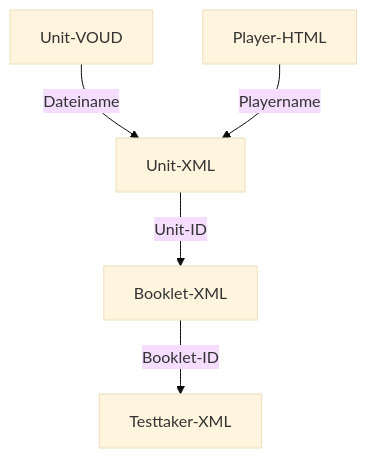
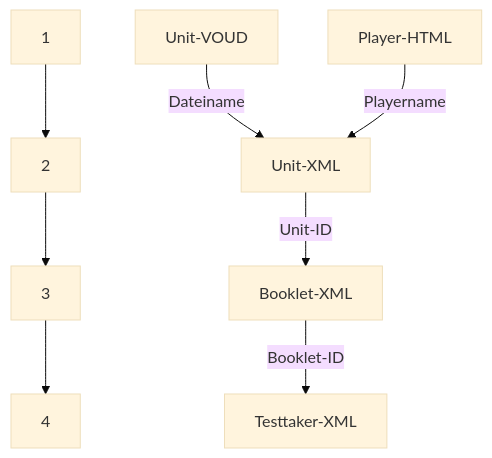
Before and after one commit to iqb-berlin/tba-info: the diagram in Testcenter/Daten_Upload.qmd, drawn with Mermaid (base theme). The commit also changed other lines of this file and 4 other files, not shown here.

````diff
--- a/Testcenter/Daten_Upload.qmd
+++ b/Testcenter/Daten_Upload.qmd
@@ -12,7 +25,10 @@
 ```{mermaid}
 flowchart TD
   A[Unit-VOUD] --> |Dateiname| C[Unit-XML]
   B[Player-HTML] --> |Playername| C[Unit-XML]
   C --> |Unit-ID| E[Booklet-XML]
   E --> |Booklet-ID| F[Testtaker-XML]
+  1 --> 2
+  2 --> 3
+  3 --> 4
 ```
````
